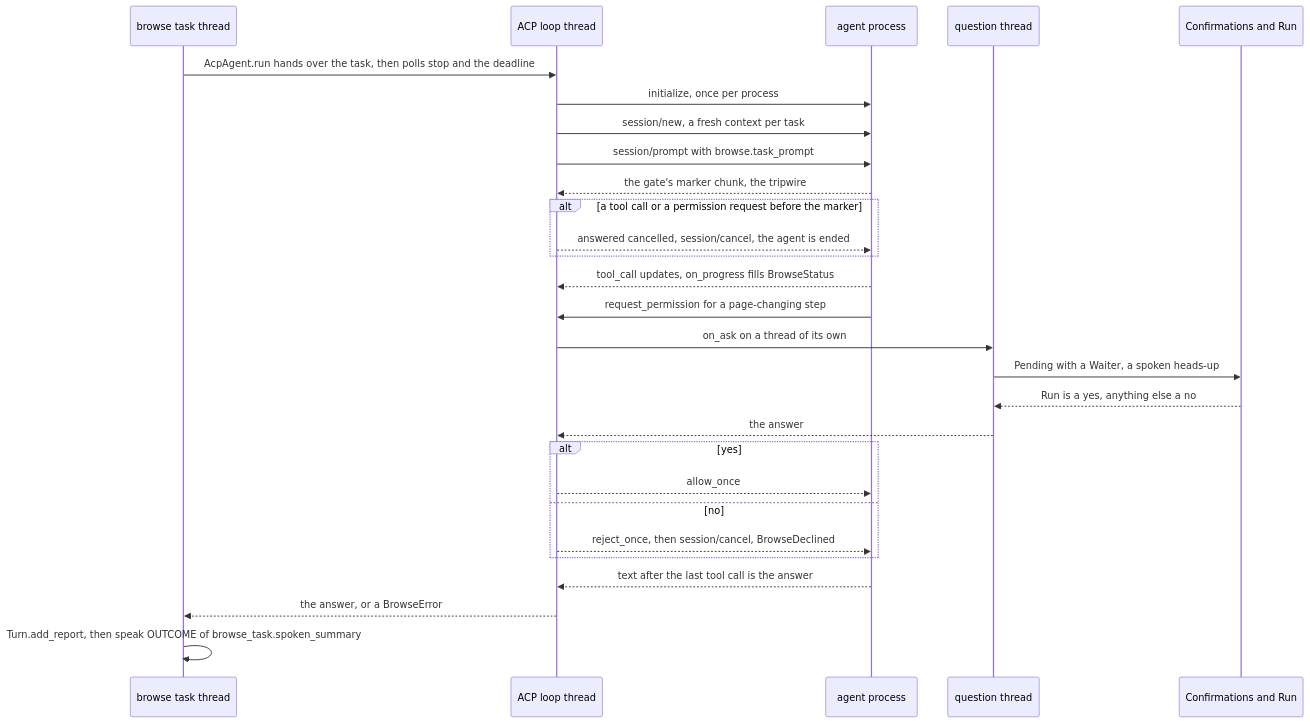
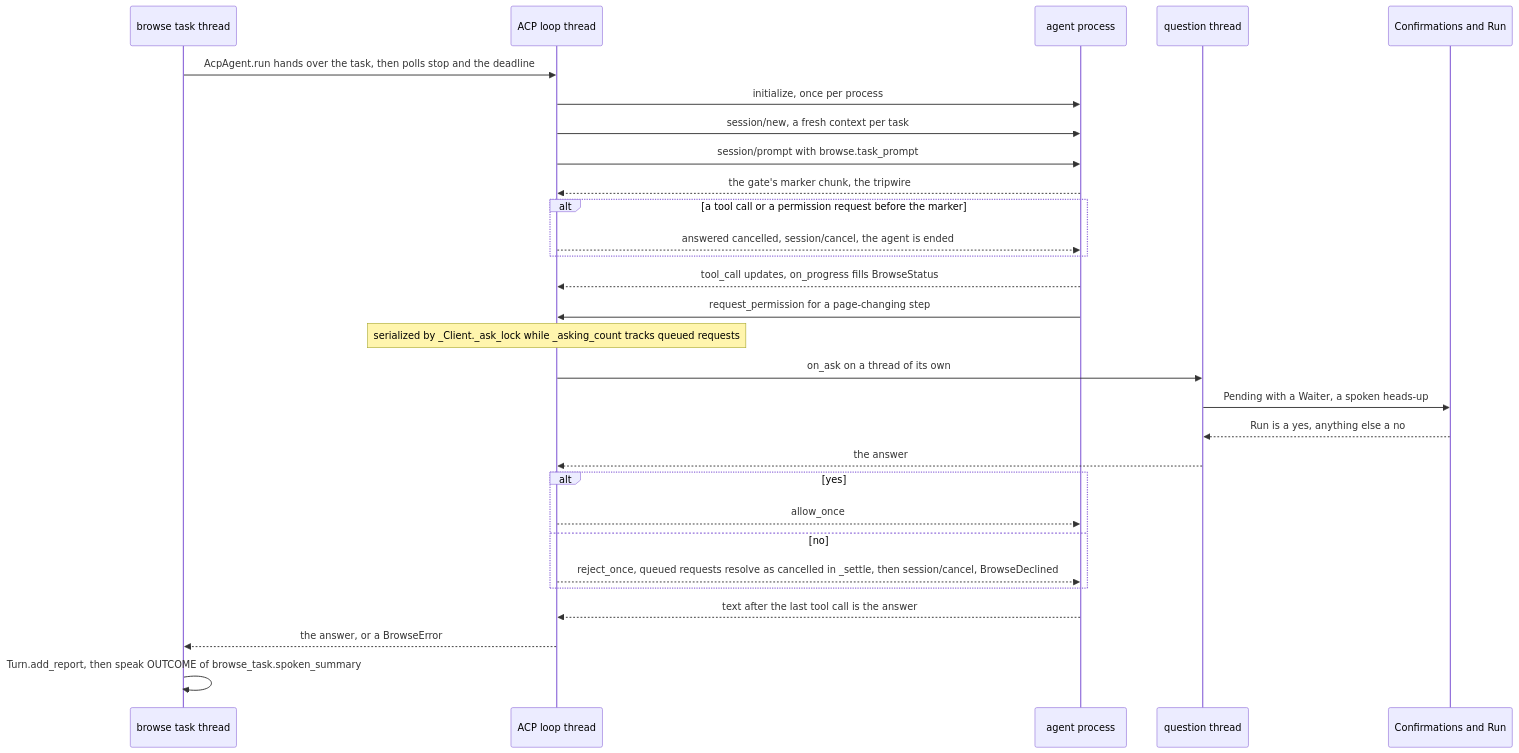
The ninth of 11 diagrams in docs/architecture.md (ranacseruet/vaice), drawn with Mermaid before and after one commit. The commit also changed other lines of this file and 5 other files, not shown here.

````diff
--- a/docs/architecture.md
+++ b/docs/architecture.md
@@ -356,30 +357,31 @@
 ```mermaid
 sequenceDiagram
   participant B as browse task thread
   participant L as ACP loop thread
   participant P as agent process
   participant W as question thread
   participant K as Confirmations and Run
   B->>L: AcpAgent.run hands over the task, then polls stop and the deadline
   L->>P: initialize, once per process
   L->>P: session/new, a fresh context per task
   L->>P: session/prompt with browse.task_prompt
   P-->>L: the gate's marker chunk, the tripwire
   alt a tool call or a permission request before the marker
     L-->>P: answered cancelled, session/cancel, the agent is ended
   end
   P-->>L: tool_call updates, on_progress fills BrowseStatus
   P->>L: request_permission for a page-changing step
+  Note over L: serialized by _Client._ask_lock while _asking_count tracks queued requests
   L->>W: on_ask on a thread of its own
   W->>K: Pending with a Waiter, a spoken heads-up
   K-->>W: Run is a yes, anything else a no
   W-->>L: the answer
   alt yes
     L-->>P: allow_once
   else no
-    L-->>P: reject_once, then session/cancel, BrowseDeclined
+    L-->>P: reject_once, queued requests resolve as cancelled in _settle, then session/cancel, BrowseDeclined
   end
   P-->>L: text after the last tool call is the answer
   L-->>B: the answer, or a BrowseError
   B->>B: Turn.add_report, then speak OUTCOME of browse_task.spoken_summary
 ```
````
